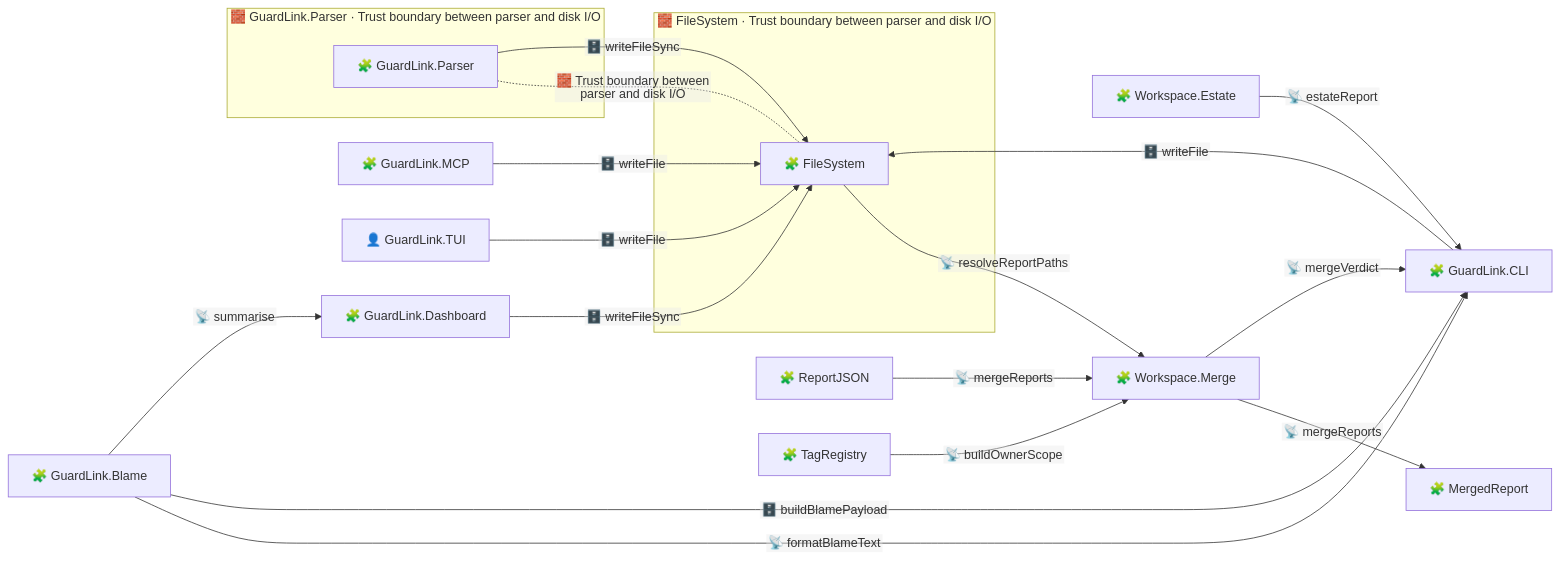
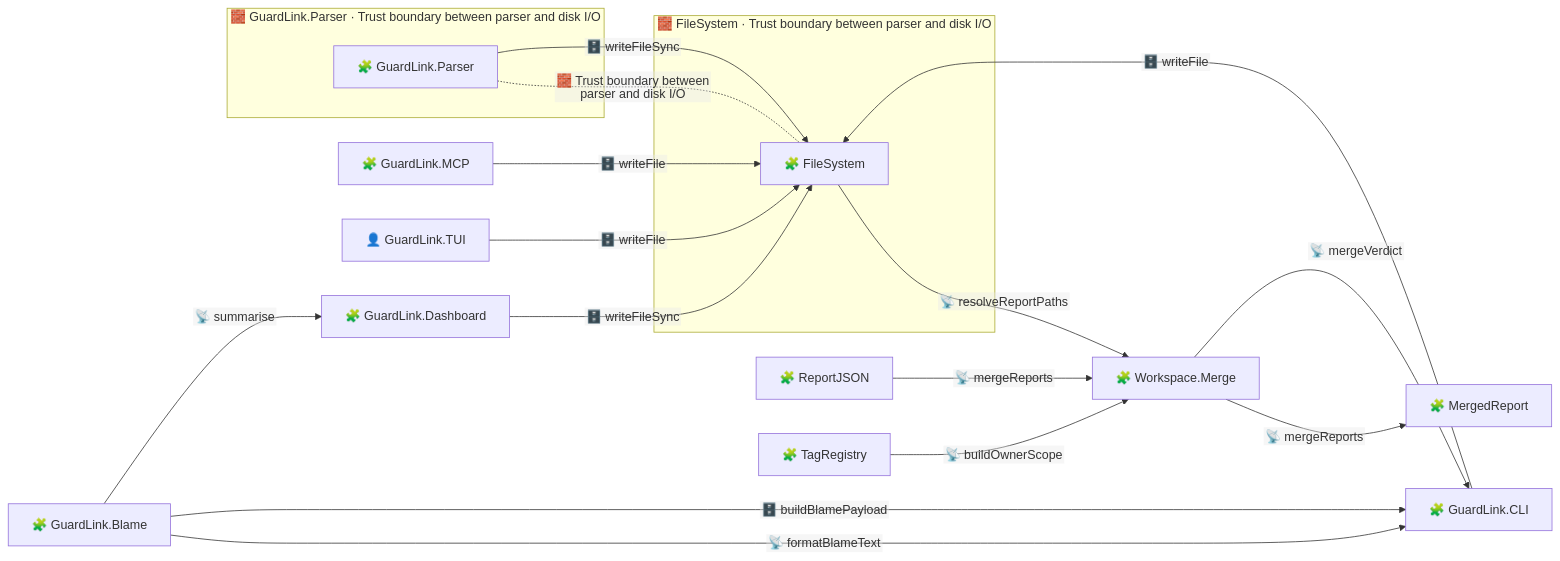
One commit to Bugb-Technologies/guardlink changed the diagram in .guardlink/graph/by-asset/merge-engine.flows.mmd. Above: the diagram before and after it, drawn with Mermaid. The commit also changed 75 other files, not shown here.

```diff
--- a/.guardlink/graph/by-asset/merge-engine.flows.mmd
+++ b/.guardlink/graph/by-asset/merge-engine.flows.mmd
@@ -1,44 +1,42 @@
 %% GENERATED FILE — do not edit. Regenerate with: guardlink artifacts .
 %% artifact:        by-asset/merge-engine.flows.mmd
 %% scope:           PARTIAL — #merge-engine and its flow neighbourhood, grown until the drawing stopped fitting — 34 neighbour(s) one hop out are not shown
-%% annotation_hash: sha256-v3:f69e96fb8c398975bc8016d2de7084bd35db3dfad5a9d05ffdaafb0541e64c2d
+%% annotation_hash: sha256-v3:22d4797ace05d0013917c10716c6b3037f7befb968393fe1b9b8f6091bcb76c9
 %% generator:       guardlink@2.1.0
 %% ---
 %% This diagram is derived from the annotations in this repository. If
 %% annotation_hash above differs from what `guardlink status .` reports, the
 %% diagram is STALE — regenerate rather than trusting it.
 %% When it was generated and at which commit: ask git. Those move for reasons
 %% unrelated to the diagram, so they are reported at emission time, not stored.
 %%{init: {"flowchart": {"nodeSpacing": 44, "rankSpacing": 58, "curve": "basis", "htmlLabels": false}}}%%
 graph LR
   subgraph Z0["🧱 GuardLink.Parser · Trust boundary between parser and disk I/O"]
     parser["🧩 GuardLink.Parser"]
   end
   subgraph Z1["🧱 FileSystem · Trust boundary between parser and disk I/O"]
     filesystem["🧩 FileSystem"]
   end
   dashboard["🧩 GuardLink.Dashboard"]
   blame["🧩 GuardLink.Blame"]
   cli["🧩 GuardLink.CLI"]
   mcp["🧩 GuardLink.MCP"]
   tui["👤 GuardLink.TUI"]
-  estate_view["🧩 Workspace.Estate"]
   reportjson["🧩 ReportJSON"]
   merge_engine["🧩 Workspace.Merge"]
   mergedreport["🧩 MergedReport"]
   tagregistry["🧩 TagRegistry"]
   parser -.-|🧱 Trust boundary between parser and disk I/O| filesystem
   dashboard -- "🗄️ writeFileSync" --> filesystem
   blame -- "📡 formatBlameText" --> cli
   blame -- "🗄️ buildBlamePayload" --> cli
   blame -- "📡 summarise" --> dashboard
   cli -- "🗄️ writeFile" --> filesystem
   mcp -- "🗄️ writeFile" --> filesystem
   parser -- "🗄️ writeFileSync" --> filesystem
   tui -- "🗄️ writeFile" --> filesystem
-  estate_view -- "📡 estateReport" --> cli
   reportjson -- "📡 mergeReports" --> merge_engine
   merge_engine -- "📡 mergeReports" --> mergedreport
   merge_engine -- "📡 mergeVerdict" --> cli
   filesystem -- "📡 resolveReportPaths" --> merge_engine
   tagregistry -- "📡 buildOwnerScope" --> merge_engine
```
